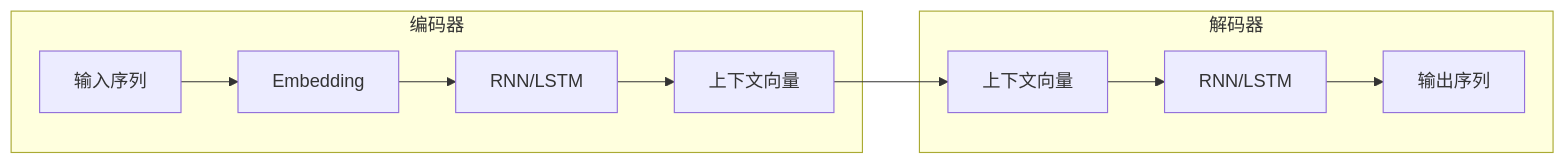
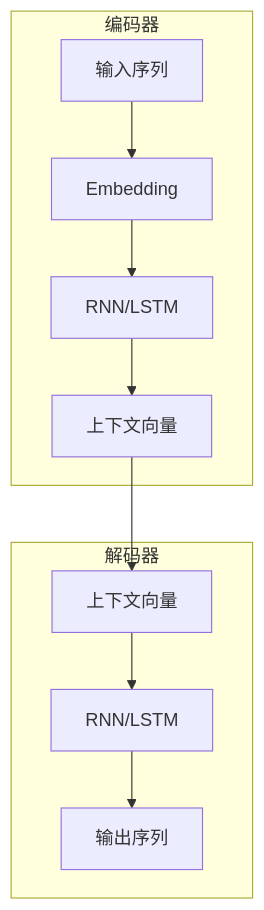
The diagram in 一起学Transformer/02-序列到序列模型.md (Zheng-Enci/Knoweledges), drawn with Mermaid before and after one commit. The commit also changed other lines of this file and 2 other files, not shown here.

Commit message:
更新链接目录，修复文档引用链接，优化02文档流程图和补充说明

````diff
--- a/一起学Transformer/02-序列到序列模型.md
+++ b/一起学Transformer/02-序列到序列模型.md
@@ -50,12 +54,15 @@
 ```mermaid
-flowchart LR
+flowchart TB
     subgraph 编码器
-    E1[输入序列] --> E2[Embedding] --> E3[RNN/LSTM] --> E4[上下文向量]
+        E1[输入序列] --> E2[Embedding]
+        E2 --> E3[RNN/LSTM]
+        E3 --> E4[上下文向量]
     end
     
     subgraph 解码器
-    D1[上下文向量] --> D2[RNN/LSTM] --> D3[输出序列]
+        D1[上下文向量] --> D2[RNN/LSTM]
+        D2 --> D3[输出序列]
     end
     
     E4 --> D1
 ```
````
